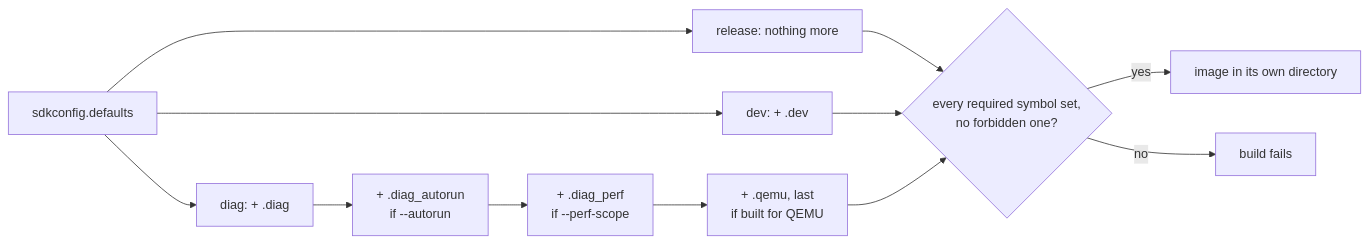
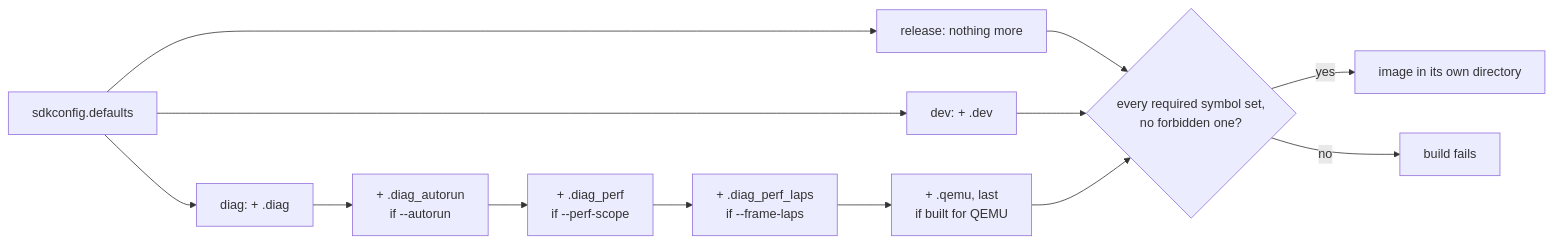
The diagram in docs/tools/Build-Variants.md (jose-villegas/autana), drawn with Mermaid before and after one commit. The commit also changed other lines of this file and 14 other files, not shown here.

First line of the commit message:
perf: frame laps get their own opt-in, so the perf scope measures without them (autana-myjkt)

````diff
--- a/docs/tools/Build-Variants.md
+++ b/docs/tools/Build-Variants.md
@@ -38,14 +41,15 @@
 ```mermaid
 flowchart LR
     Base["sdkconfig.defaults"] --> Rel["release: nothing more"]
     Base --> Dev["dev: + .dev"]
     Base --> Diag["diag: + .diag"]
     Diag --> Auto["+ .diag_autorun<br/>if --autorun"]
     Auto --> Perf["+ .diag_perf<br/>if --perf-scope"]
-    Perf --> Qemu["+ .qemu, last<br/>if built for QEMU"]
+    Perf --> Laps["+ .diag_perf_laps<br/>if --frame-laps"]
+    Laps --> Qemu["+ .qemu, last<br/>if built for QEMU"]
     Rel --> Check{"every required symbol set,<br/>no forbidden one?"}
     Dev --> Check
     Qemu --> Check
     Check -->|"yes"| Image["image in its own directory"]
     Check -->|"no"| Fail["build fails"]
 ```
````
